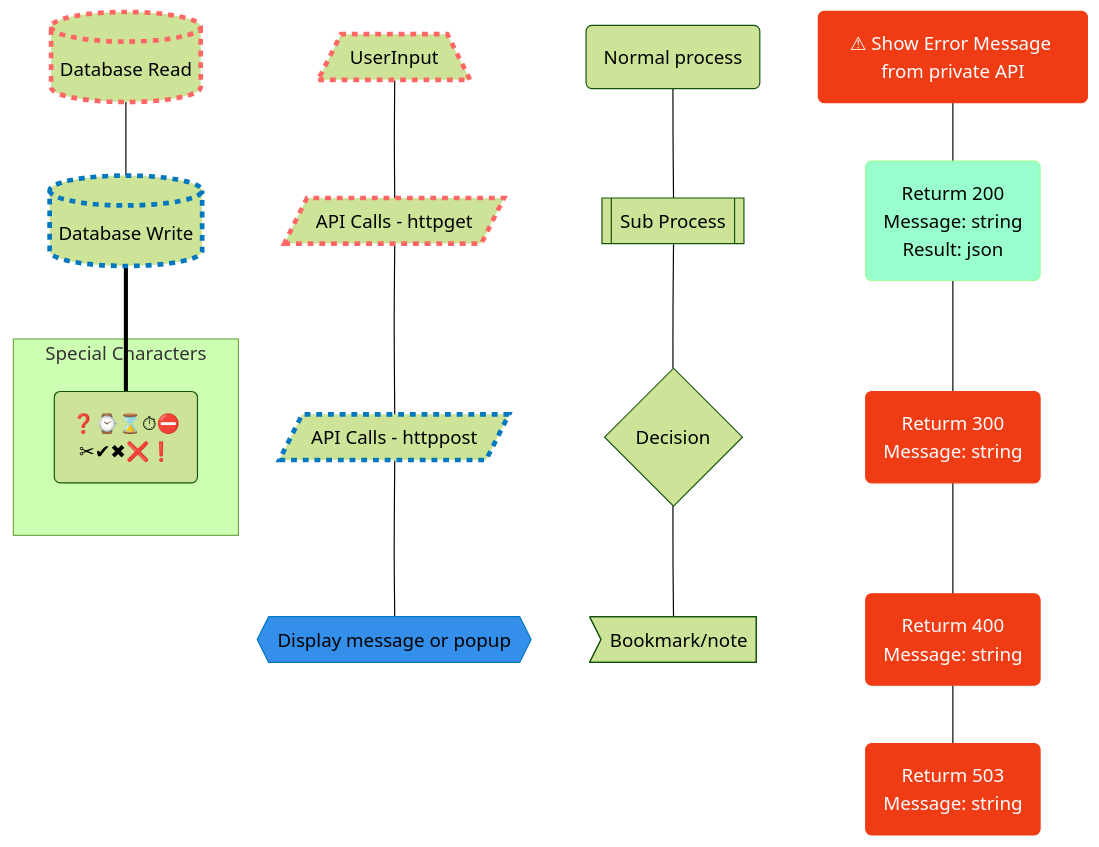
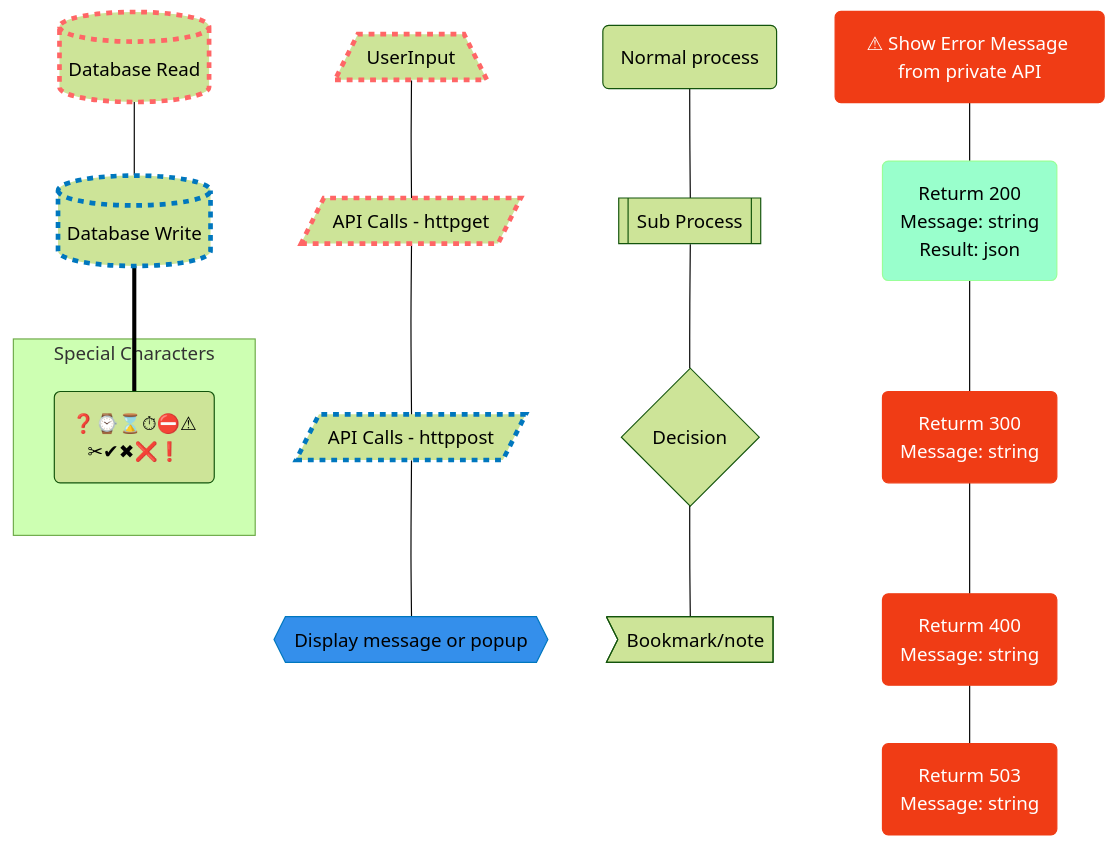
The diagram in README.md (EdwinKwok/MermaidDiagramKeys), drawn with Mermaid (forest theme) before and after one commit.

Commit message:
Add more emojis

````diff
--- a/README.md
+++ b/README.md
@@ -7,48 +7,48 @@
 ```mermaid
 flowchart TB
 
  UserInput[/"UserInput"\] --- ApiGet
  classDef userInput stroke:#f66,stroke-width:4px,stroke-dasharray: 5 5;
  
  ApiGet[/"API Calls - httpget"/]--- ApiPost
  classDef httpget stroke:#f66,stroke-width:4px,stroke-dasharray: 5 5;
  
  ApiPost[/"API Calls - httppost"/]---Display
  classDef httppost stroke:#0077be,stroke-width:4px,stroke-dasharray: 5 5;
  
  Display{{"Display message or popup"}}
  
  dbGet[("Database Read")]---dbPost[("Database Write")]===sc
  subgraph Special Characters
-  sc("#10067;#8986;#8987;#9201;#9940;
+  sc("#10067;#8986;#8987;#9201;#9940;#9888;
   #9986;#10004;#10006;#10060;#10071;")
  end  
    
  Process("Normal process")---SubProcess[["Sub Process"]]---If{"Decision"}---Note>"Bookmark/note"]
   
  ShowErrorMessage("&#x26A0 Show Error Message from private API")---http200
  classDef errorMessage fill:#f03c15,stroke:#f03c15,color:#fff;
  
  http200("Returm 200\n Message: string \n Result: json")---http300
  classDef http200 fill:#99FFCC,stroke:#99FF99,color:#000;
  
  http300("Returm 300\n Message: string")---http400
  
  http400("Returm 400\n Message: string")---http500
  
  http500("Returm 503\n Message: string")
  classDef http500 fill:#f03c15,stroke:#f03c15,color:#fff;
  
  
  classDef blue fill:#348feb, stroke:#0077be,color:#fff; %%#348feb/#0077be
  
  class UserInput userInput
  class ApiGet,dbGet httpget
  class ApiPost,dbPost httppost
  class ShowErrorMessage errorMessage
  class http200 http200
  class http300,http400,http500 http500
  class Display blue
  
   
 ```
````
